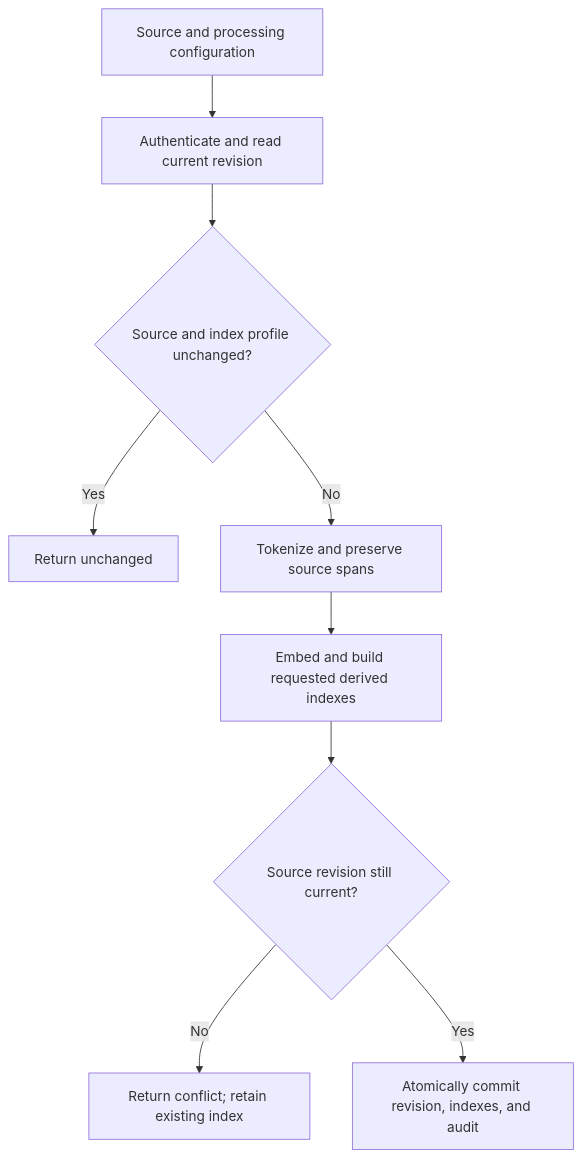
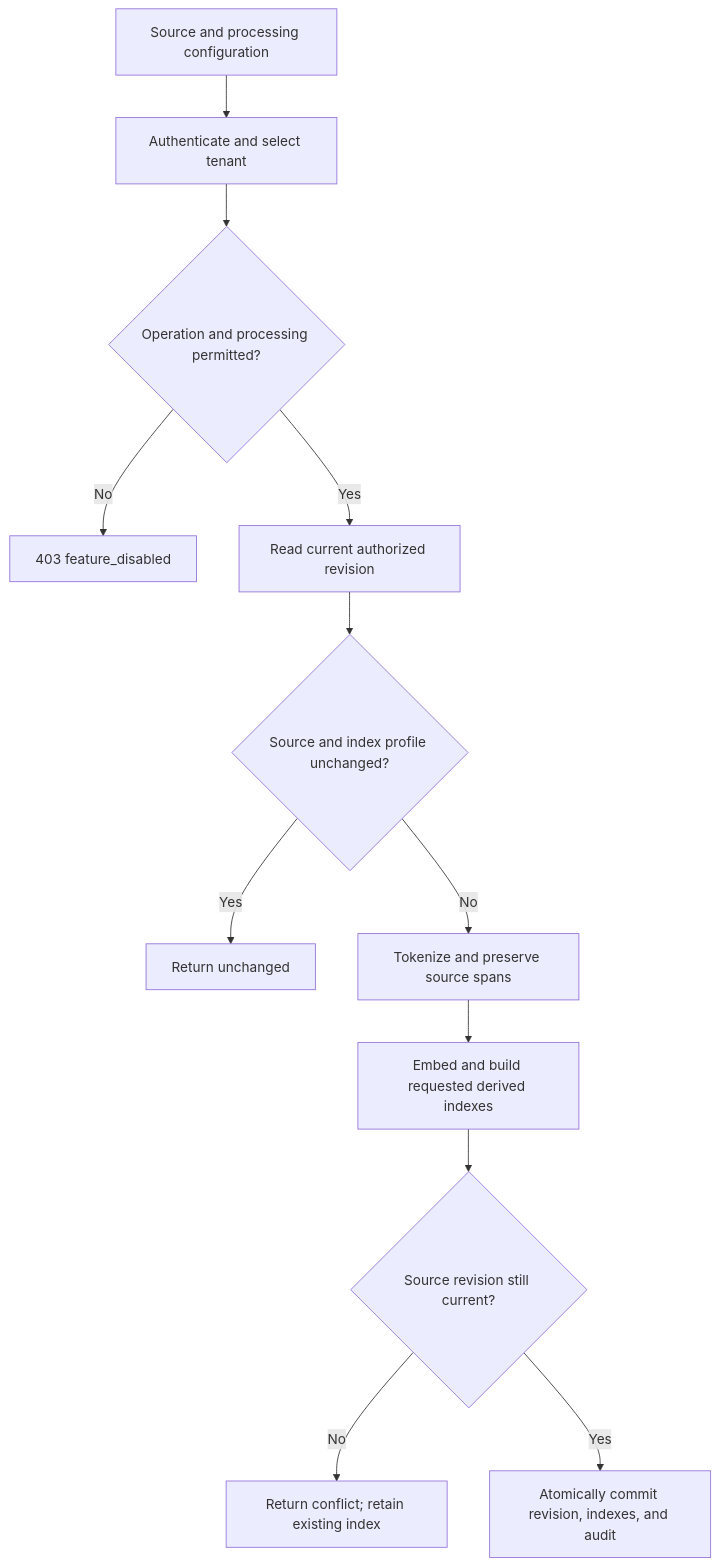
Before and after one commit to MasterLKH180cm/RAGs: the second of 3 diagrams in README.md, drawn with Mermaid. The commit also changed other lines of this file and 14 other files, not shown here.

````diff
--- a/README.md
+++ b/README.md
@@ -127,11 +158,14 @@
 ```mermaid
 flowchart TD
-    Request["Source and processing configuration"] --> Scope["Authenticate and read current revision"]
+    Request["Source and processing configuration"] --> Auth["Authenticate and select tenant"]
+    Auth --> Flags{"Operation and processing permitted?"}
+    Flags -->|No| Disabled["403 feature_disabled"]
+    Flags -->|Yes| Scope["Read current authorized revision"]
     Scope --> Same{"Source and index profile unchanged?"}
     Same -->|Yes| Unchanged["Return unchanged"]
     Same -->|No| Chunk["Tokenize and preserve source spans"]
     Chunk --> Index["Embed and build requested derived indexes"]
     Index --> Check{"Source revision still current?"}
     Check -->|No| Conflict["Return conflict; retain existing index"]
     Check -->|Yes| Commit["Atomically commit revision, indexes, and audit"]
 ```
````
